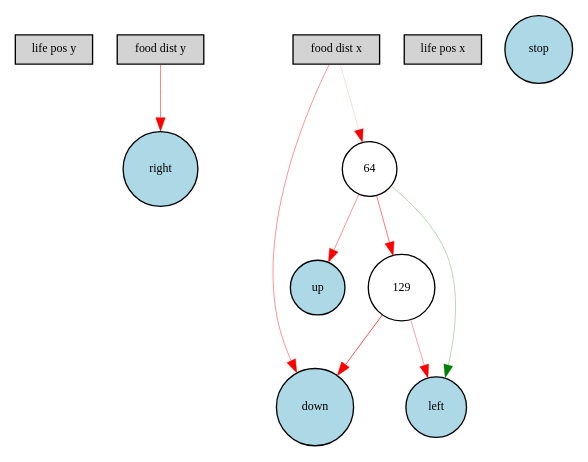
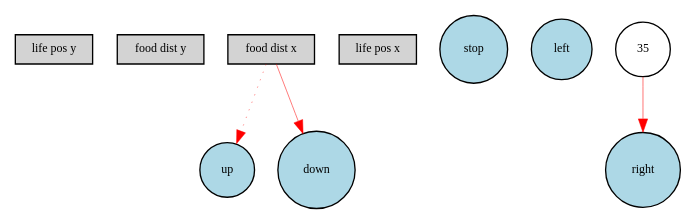
Before and after one commit to Elphiie/NEAT-practice: the diagram in Digraph.gv, drawn with Graphviz. The commit also changed 34 other files, not shown here.

```diff
--- a/Digraph.gv
+++ b/Digraph.gv
@@ -1,22 +1,16 @@
 digraph {
 	node [fontsize=9 height=0.3 shape=circle width=0.3]
 	"life pos y" [fillcolor=lightgray shape=box style=filled]
 	"food dist y" [fillcolor=lightgray shape=box style=filled]
 	"food dist x" [fillcolor=lightgray shape=box style=filled]
 	"life pos x" [fillcolor=lightgray shape=box style=filled]
 	stop [fillcolor=lightblue style=filled]
 	up [fillcolor=lightblue style=filled]
 	down [fillcolor=lightblue style=filled]
 	left [fillcolor=lightblue style=filled]
 	right [fillcolor=lightblue style=filled]
-	64 [fillcolor=white style=filled]
-	129 [fillcolor=white style=filled]
-	"food dist y" -> right [color=red penwidth=0.3684278291822942 style=solid]
-	"food dist x" -> down [color=red penwidth=0.31551889028847135 style=solid]
-	"food dist x" -> 64 [color=red penwidth=0.11016677084249608 style=solid]
-	64 -> left [color=green penwidth=0.22184281479272655 style=solid]
-	64 -> 129 [color=red penwidth=0.39200882242606194 style=solid]
-	129 -> left [color=red penwidth=0.281281527105289 style=solid]
-	64 -> up [color=red penwidth=0.3230761360404822 style=solid]
-	129 -> down [color=red penwidth=0.5105034068137482 style=solid]
+	35 [fillcolor=white style=filled]
+	"food dist x" -> up [color=red penwidth=0.330159440442682 style=dotted]
+	35 -> right [color=red penwidth=0.4138499317315609 style=solid]
+	"food dist x" -> down [color=red penwidth=0.38797875694848627 style=solid]
 }
```
